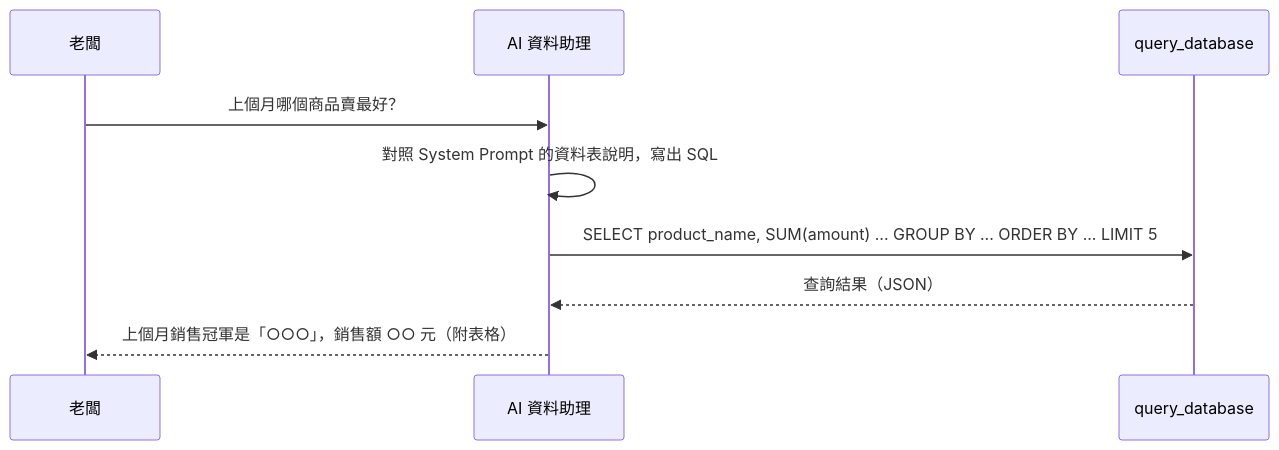
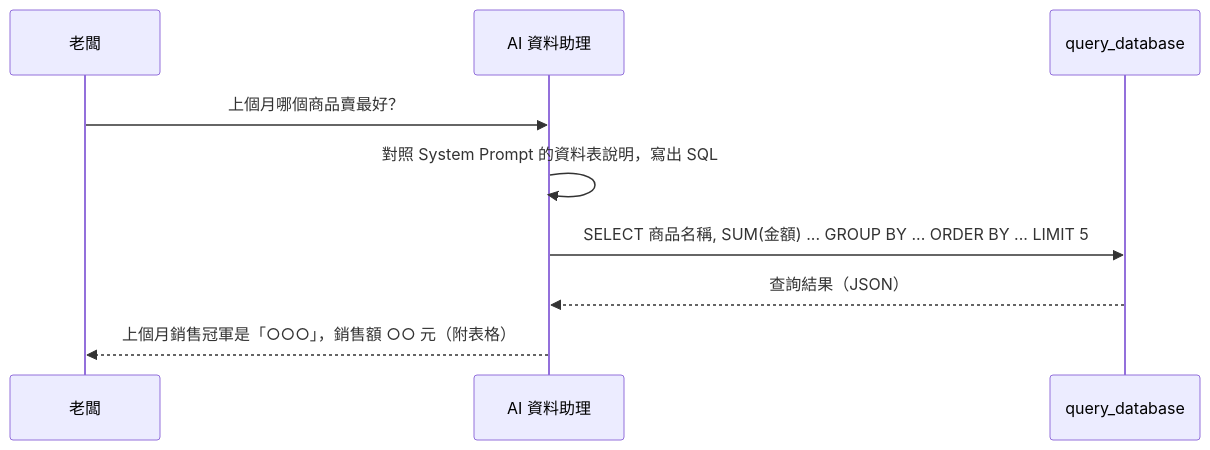
Before and after one commit to roberthsu2003/n8n: the second of 2 diagrams in 雲端資料庫整合/04_網拍小賣家AI資料助理/README.md, drawn with Mermaid. The commit also changed other lines of this file and 24 other files, not shown here.

````diff
--- a/雲端資料庫整合/04_網拍小賣家AI資料助理/README.md
+++ b/雲端資料庫整合/04_網拍小賣家AI資料助理/README.md
@@ -46,11 +46,11 @@
 ```mermaid
 sequenceDiagram
     participant 老闆
     participant Agent as AI 資料助理
     participant DB as query_database
     老闆->>Agent: 上個月哪個商品賣最好？
     Agent->>Agent: 對照 System Prompt 的資料表說明，寫出 SQL
-    Agent->>DB: SELECT product_name, SUM(amount) ... GROUP BY ... ORDER BY ... LIMIT 5
+    Agent->>DB: SELECT 商品名稱, SUM(金額) ... GROUP BY ... ORDER BY ... LIMIT 5
     DB-->>Agent: 查詢結果（JSON）
     Agent-->>老闆: 上個月銷售冠軍是「○○○」，銷售額 ○○ 元（附表格）
 ```
````
